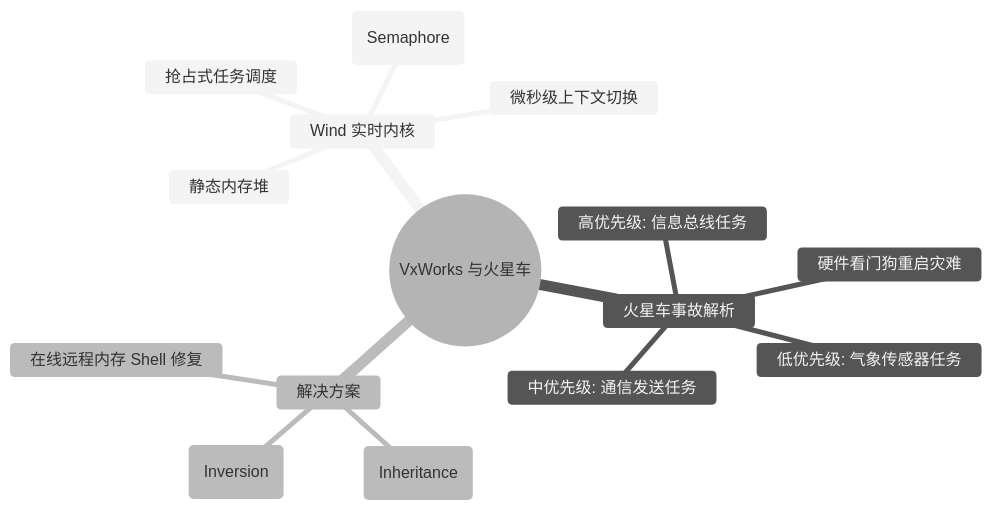
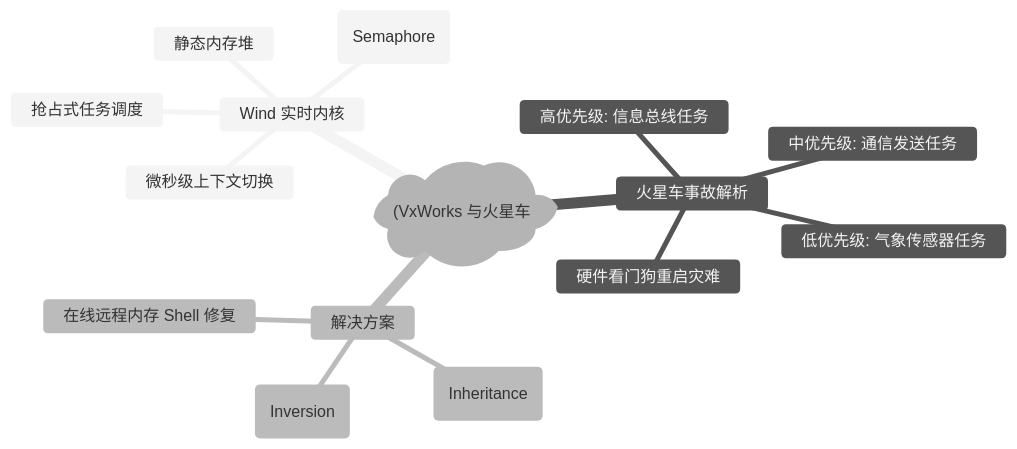
The second of 7 diagrams in docs/atlas/vxworks.mdx (koosai/AI-Architect-Learning), drawn with Mermaid (neutral theme) before and after one commit. The commit also changed 187 other files, not shown here.

Commit message:
fix(mermaid): fix all unquoted parens and edge label syntax errors across all docs

````diff
--- a/docs/atlas/vxworks.mdx
+++ b/docs/atlas/vxworks.mdx
@@ -73,18 +73,18 @@
 ```mermaid
 mindmap
-  root((VxWorks 与火星车))
+  root("(VxWorks 与火星车"))
     Wind 实时内核
       抢占式任务调度
       微秒级上下文切换
       轻量信号量 (Semaphore)
       静态内存堆
     火星车事故解析
       高优先级: 信息总线任务
       中优先级: 通信发送任务
       低优先级: 气象传感器任务
       硬件看门狗重启灾难
     解决方案
       优先级反转 (Inversion)
       优先级继承补丁 (Inheritance)
       在线远程内存 Shell 修复
 ```
````
